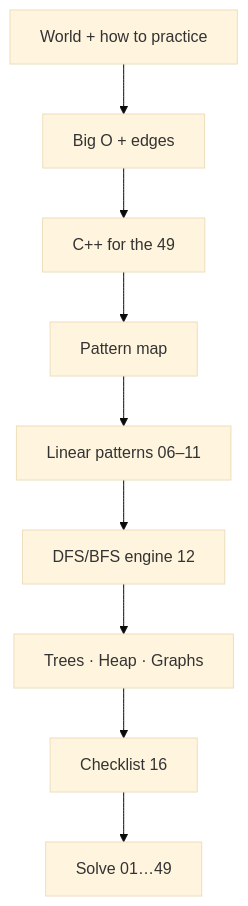
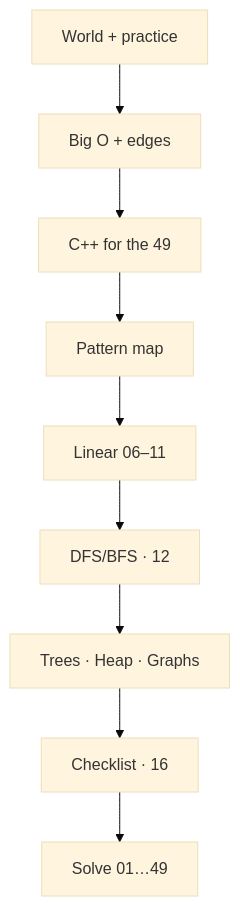
One commit to galhoom-path/LeetCode-DSA-Pareto-Set changed the diagram in 00-Prep-Before-The-49/README.md. Above: the diagram before and after it, drawn with Mermaid (base theme). The commit also changed other lines of this file and 19 other files, not shown here.

````diff
--- a/00-Prep-Before-The-49/README.md
+++ b/00-Prep-Before-The-49/README.md
@@ -99,11 +111,11 @@
 ```mermaid
 flowchart TB
-  W["World + how to practice"] --> E["Big O + edges"]
+  W["World + practice"] --> E["Big O + edges"]
   E --> CPP["C++ for the 49"]
   CPP --> M["Pattern map"]
-  M --> L["Linear patterns 06–11"]
-  L --> T["DFS/BFS engine 12"]
+  M --> L["Linear 06–11"]
+  L --> T["DFS/BFS · 12"]
   T --> G["Trees · Heap · Graphs"]
-  G --> C["Checklist 16"]
+  G --> C["Checklist · 16"]
   C --> S["Solve 01…49"]
 ```
````
